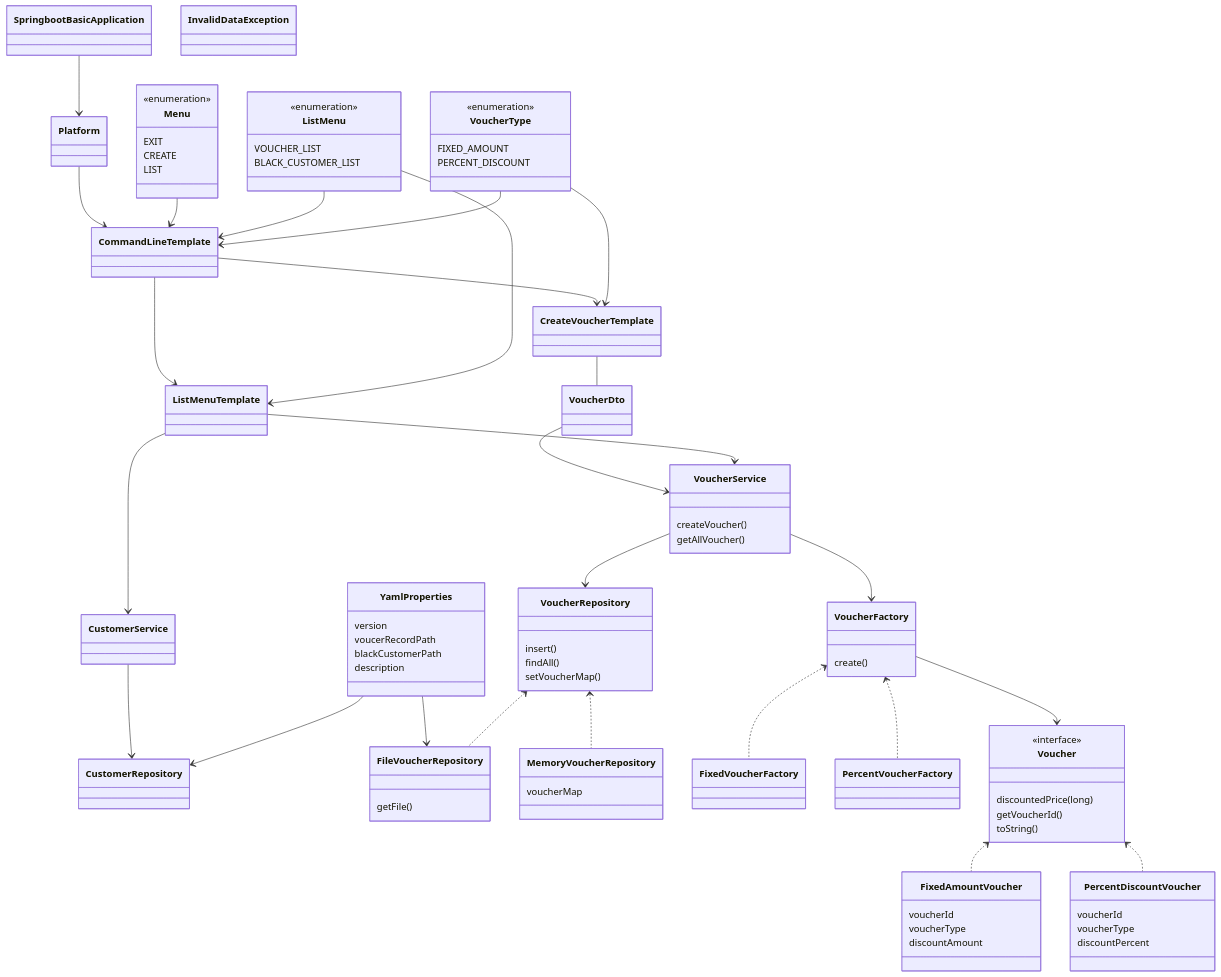
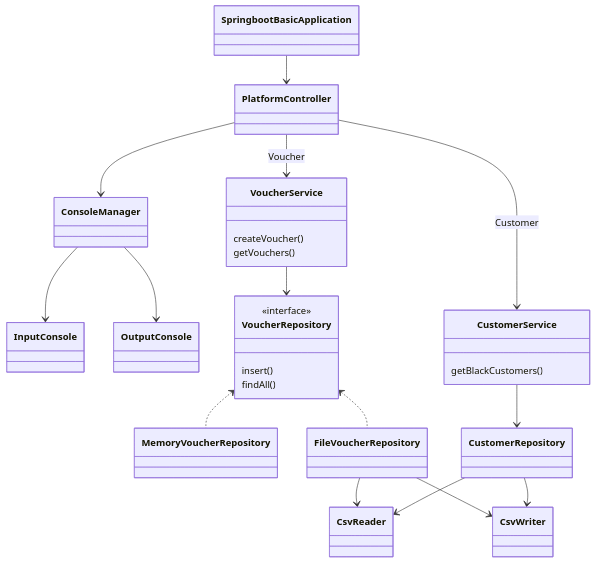
Before and after one commit to prgrms-be-devcourse/springboot-basic: the diagram in application.mermaid, drawn with Mermaid. The commit also changed 2 other files, not shown here.

```diff
--- a/application.mermaid
+++ b/application.mermaid
@@ -1,95 +1,44 @@
 classDiagram
+
+    %% Controller
     class SpringbootBasicApplication
-    class Platform
+    class PlatformController
+    SpringbootBasicApplication --> PlatformController
 
-    SpringbootBasicApplication --> Platform
+    %% IO
+    class ConsoleManager
+    class InputConsole
+    class OutputConsole
+    ConsoleManager --> InputConsole
+    ConsoleManager --> OutputConsole
+    PlatformController --> ConsoleManager
 
-    class CommandLineTemplate
-    class CreateVoucherTemplate
-    class ListMenuTemplate
-
-    Platform --> CommandLineTemplate
-    CommandLineTemplate --> CreateVoucherTemplate
-    CommandLineTemplate --> ListMenuTemplate
-    ListMenuTemplate --> CustomerService
-    CustomerService --> CustomerRepository
-
-    class InvalidDataException
-    class YamlProperties {
-        version
-        voucerRecordPath
-        blackCustomerPath
-        description
-    }
-    YamlProperties --> FileVoucherRepository
-    YamlProperties --> CustomerRepository
-
-
-    class Menu {
-        <<enumeration>>
-        EXIT
-        CREATE
-        LIST
-    }
-    Menu --> CommandLineTemplate
-    class ListMenu {
-        <<enumeration>>
-        VOUCHER_LIST
-        BLACK_CUSTOMER_LIST
-    }
-    ListMenu --> CommandLineTemplate
-    ListMenu --> ListMenuTemplate
-    class VoucherType {
-        <<enumeration>>
-        FIXED_AMOUNT
-        PERCENT_DISCOUNT
-    }
-    VoucherType --> CommandLineTemplate
-    VoucherType --> CreateVoucherTemplate
-
+    %% Service
     class VoucherService {
         createVoucher()
-        getAllVoucher()
+        getVouchers()
     }
-    CreateVoucherTemplate -- VoucherDto
-    VoucherDto --> VoucherService
-    ListMenuTemplate --> VoucherService
-    VoucherService --> VoucherFactory
+    class CustomerService {
+        getBlackCustomers()
+    }
+    PlatformController --> VoucherService : Voucher
+    PlatformController --> CustomerService : Customer
 
+    %% Repository
     class VoucherRepository {
+        <<interface>>
         insert()
         findAll()
-        setVoucherMap()
     }
     VoucherService --> VoucherRepository
-    class MemoryVoucherRepository {voucherMap}
-    class FileVoucherRepository { getFile() }
+    class MemoryVoucherRepository
+    class FileVoucherRepository
+    FileVoucherRepository --> CsvReader
+    FileVoucherRepository --> CsvWriter
     VoucherRepository <.. MemoryVoucherRepository
     VoucherRepository <.. FileVoucherRepository
 
-    class VoucherFactory {
-        create()
-    }
-    VoucherFactory <.. FixedVoucherFactory
-    VoucherFactory <.. PercentVoucherFactory
-    class FixedVoucherFactory
-    class PercentVoucherFactory
-    class Voucher {
-        <<interface>>
-        discountedPrice(long)
-        getVoucherId()
-        toString()
-    }
-    class FixedAmountVoucher {
-        voucherId
-        voucherType
-        discountAmount
-    }
-    class PercentDiscountVoucher {
-        voucherId
-        voucherType
-        discountPercent
-    }
-    Voucher <.. FixedAmountVoucher
-    Voucher <.. PercentDiscountVoucher
-    VoucherFactory --> Voucher
+    class CustomerRepository
+    CustomerRepository --> CsvReader
+    CustomerRepository --> CsvWriter
+    CustomerService --> CustomerRepository
```
